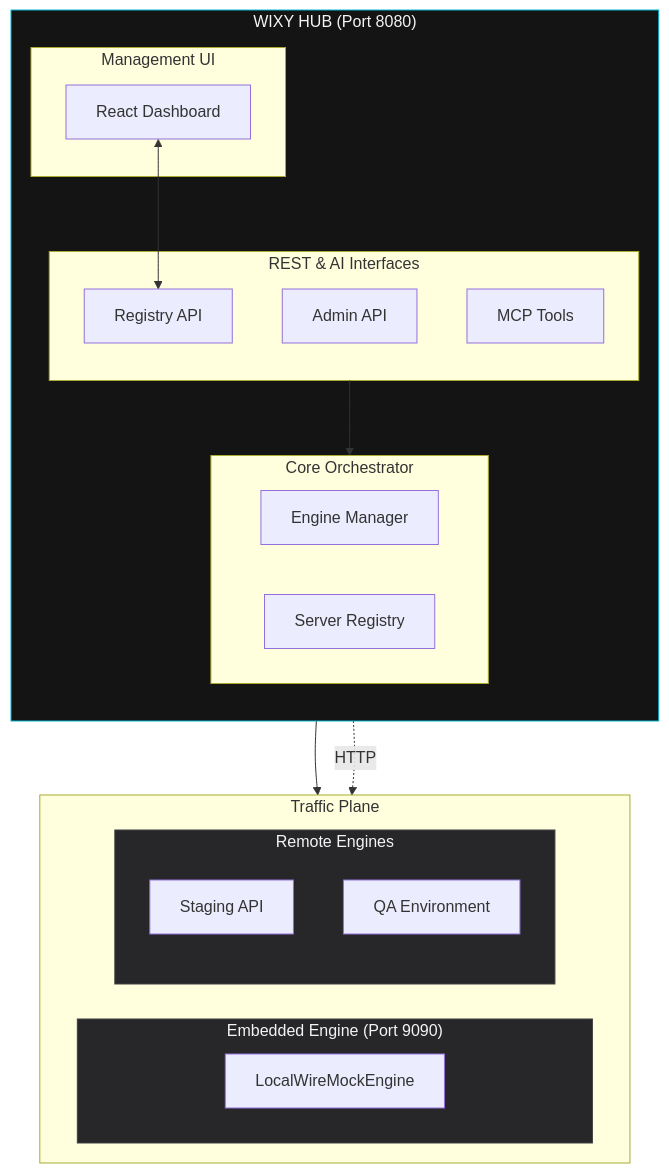
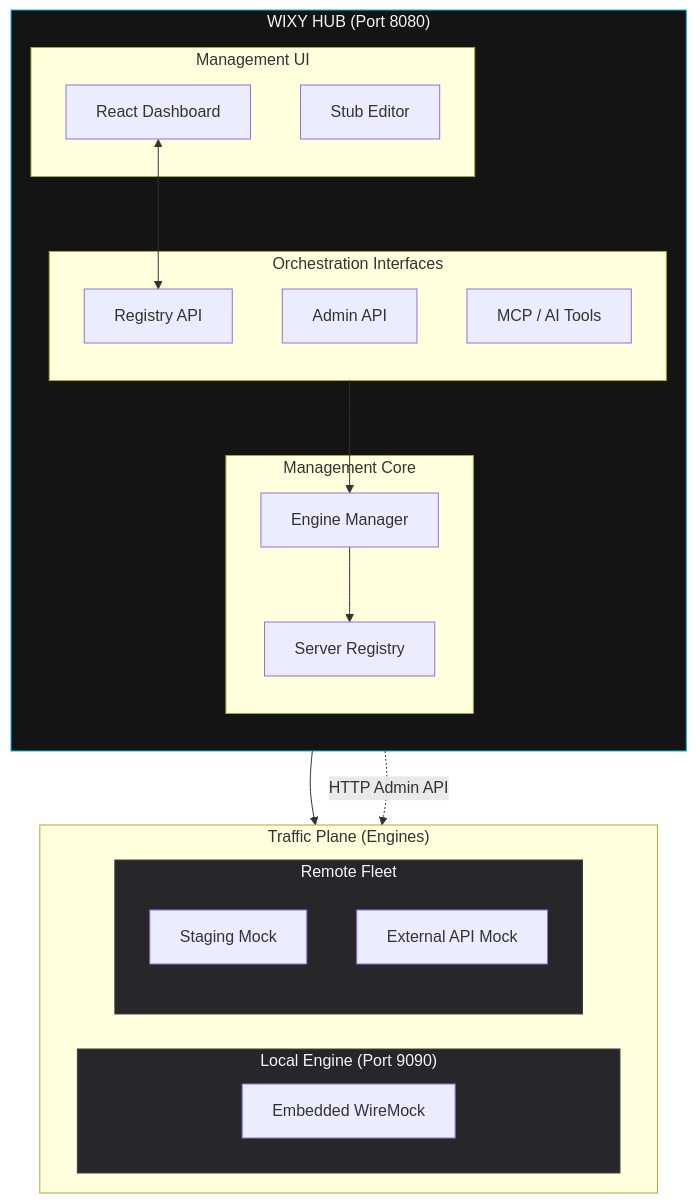
One commit to vinipx/wixy changed the diagram in documentation/docs/architecture/overview.md. Above: the diagram before and after it, drawn with Mermaid. The commit also changed other lines of this file and 2 other files, not shown here.

First line of the commit message:
docs: enhance landing page and architecture for WIXY Hub

````diff
--- a/documentation/docs/architecture/overview.md
+++ b/documentation/docs/architecture/overview.md
@@ -12,41 +14,43 @@
 ```mermaid
 graph TB
     subgraph WIXY_HUB["WIXY HUB (Port 8080)"]
         direction TB
         
         subgraph UI["Management UI"]
             DB[React Dashboard]
+            SE[Stub Editor]
         end
 
-        subgraph Controllers["REST & AI Interfaces"]
+        subgraph Controllers["Orchestration Interfaces"]
             AC[Admin API]
             RE[Registry API]
-            MC[MCP Tools]
+            MC[MCP / AI Tools]
         end
         
-        subgraph Management["Core Orchestrator"]
+        subgraph Core["Management Core"]
             EM[Engine Manager]
             RS[Server Registry]
         end
     end
 
-    subgraph TrafficPlane["Traffic Plane"]
+    subgraph TrafficPlane["Traffic Plane (Engines)"]
         direction LR
-        subgraph LOCAL["Embedded Engine (Port 9090)"]
-            LE[LocalWireMockEngine]
+        subgraph LOCAL["Local Engine (Port 9090)"]
+            LE[Embedded WireMock]
         end
-        subgraph REMOTE["Remote Engines"]
-            RE1[Staging API]
-            RE2[QA Environment]
+        subgraph REMOTE["Remote Fleet"]
+            RE1[Staging Mock]
+            RE2[External API Mock]
         end
     end
     
     DB <--> RE
-    Controllers --> Management
-    Management --> LE
-    Management -. HTTP .-> REMOTE
+    Controllers --> EM
+    EM --> RS
+    EM --> LE
+    EM -. HTTP Admin API .-> REMOTE
     
     style WIXY_HUB fill:#141414,stroke:#06b6d4,color:#f4f4f5
     style LOCAL fill:#27272a,stroke:#3f3f46,color:#f4f4f5
     style REMOTE fill:#27272a,stroke:#3f3f46,color:#f4f4f5
 ```
````
